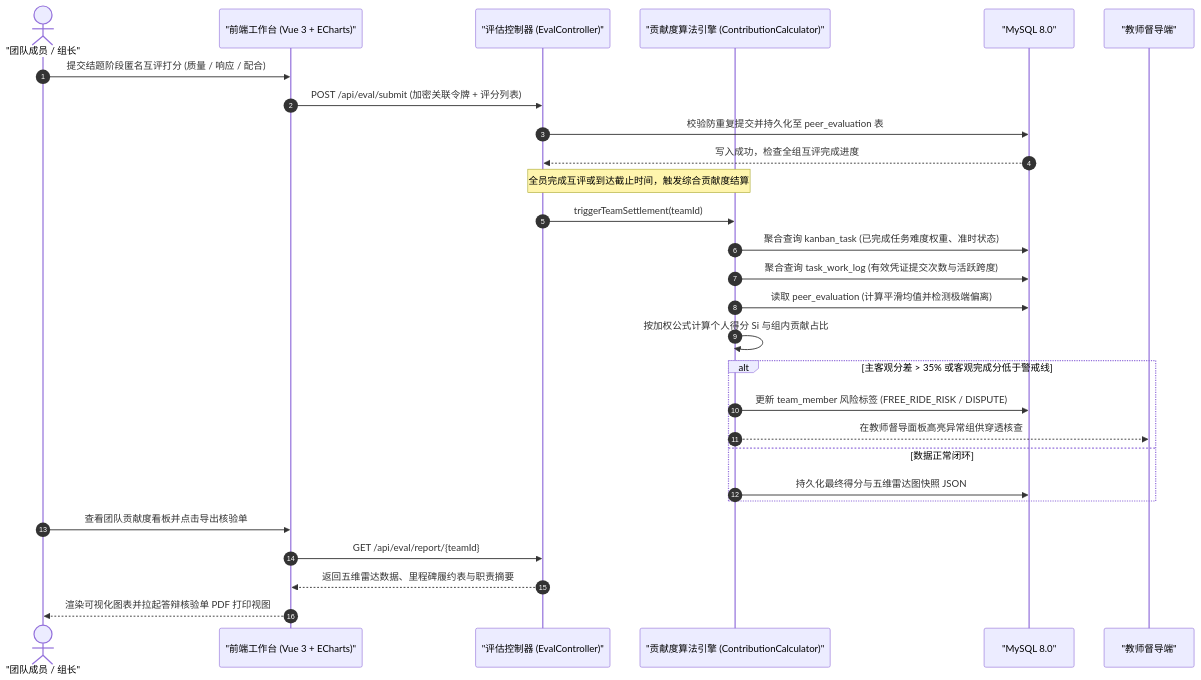
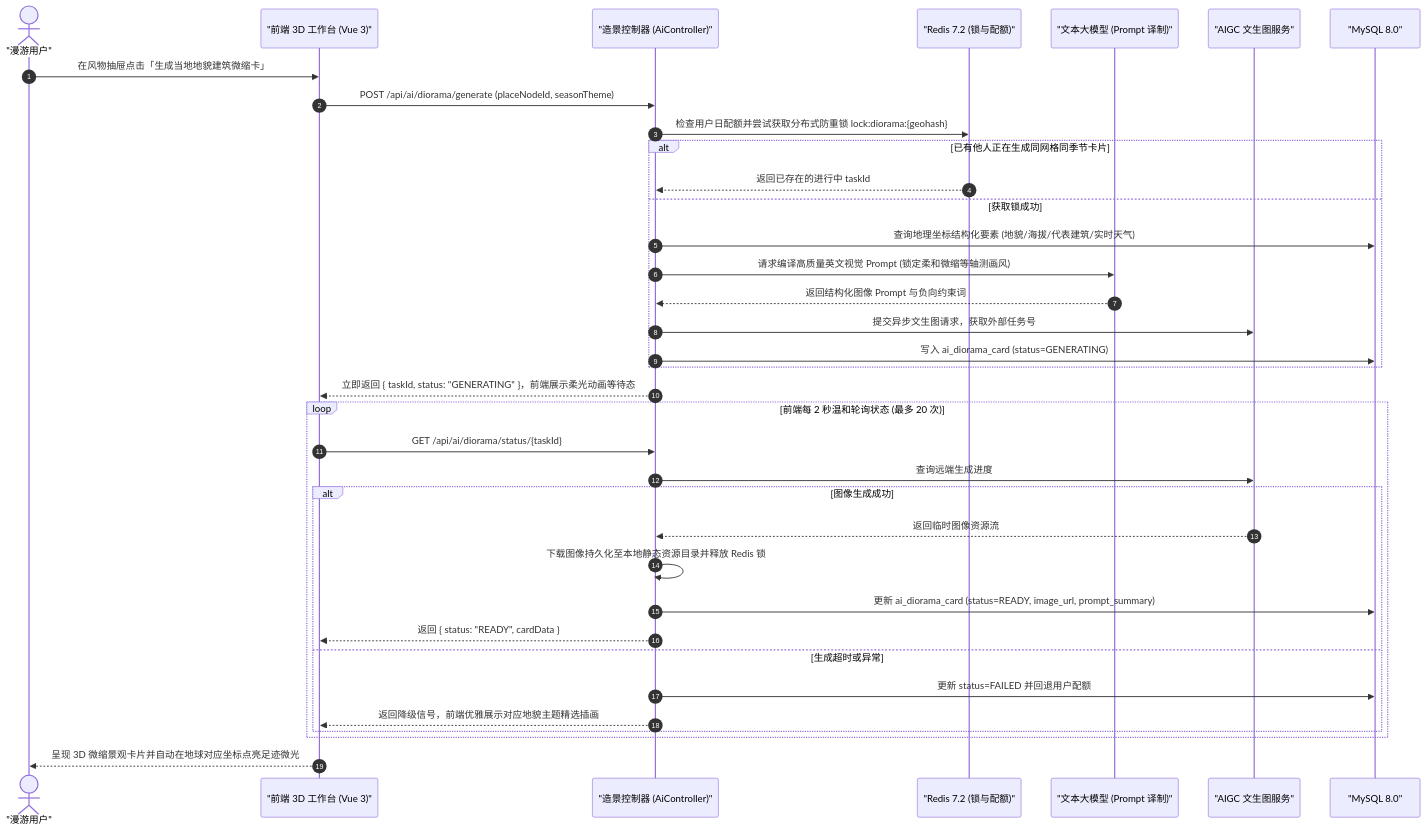
One commit to Jiangsirui/web-course-design changed the fourth of 5 diagrams in 课程设计选题设计文档.md. Above: the diagram before and after it, drawn with Mermaid. The commit also changed other lines of this file and 1 other file, not shown here.

Commit message:
docs: 更新选题为 WanderSphere 全球智能旅行与AI地貌建筑探索地图

````diff
--- a/课程设计选题设计文档.md
+++ b/课程设计选题设计文档.md
@@ -323,34 +319,40 @@
 ```mermaid
 sequenceDiagram
     autonumber
-    actor Member as "团队成员 / 组长"
-    participant FE as "前端工作台 (Vue 3 + ECharts)"
-    participant API as "评估控制器 (EvalController)"
-    participant Engine as "贡献度算法引擎 (ContributionCalculator)"
+    actor User as "漫游用户"
+    participant FE as "前端 3D 工作台 (Vue 3)"
+    participant API as "造景控制器 (AiController)"
+    participant Redis as "Redis 7.2 (锁与配额)"
+    participant LLM as "文本大模型 (Prompt 译制)"
+    participant ImgAI as "AIGC 文生图服务"
     participant DB as "MySQL 8.0"
-    participant Teacher as "教师督导端"
 
-    Member->>FE: 提交结题阶段匿名互评打分 (质量 / 响应 / 配合)
-    FE->>API: POST /api/eval/submit (加密关联令牌 + 评分列表)
-    API->>DB: 校验防重复提交并持久化至 peer_evaluation 表
-    DB-->>API: 写入成功，检查全组互评完成进度
+    User->>FE: 在风物抽屉点击「生成当地地貌建筑微缩卡」
+    FE->>API: POST /api/ai/diorama/generate (placeNodeId, seasonTheme)
+    API->>Redis: 检查用户日配额并尝试获取分布式防重锁 lock:diorama:{geohash}
+    alt 已有他人正在生成同网格同季节卡片
+        Redis-->>API: 返回已存在的进行中 taskId
+    else 获取锁成功
+        API->>DB: 查询地理坐标结构化要素 (地貌/海拔/代表建筑/实时天气)
+        API->>LLM: 请求编译高质量英文视觉 Prompt (锁定柔和微缩等轴测画风)
+        LLM-->>API: 返回结构化图像 Prompt 与负向约束词
+        API->>ImgAI: 提交异步文生图请求，获取外部任务号
+        API->>DB: 写入 ai_diorama_card (status=GENERATING)
+    end
+    API-->>FE: 立即返回 { taskId, status: "GENERATING" }，前端展示柔光动画等待态
 
-    Note over API,Engine: 全员完成互评或到达截止时间，触发综合贡献度结算
-    API->>Engine: triggerTeamSettlement(teamId)
-    Engine->>DB: 聚合查询 kanban_task (已完成任务难度权重、准时状态)
-    Engine->>DB: 聚合查询 task_work_log (有效凭证提交次数与活跃跨度)
-    Engine->>DB: 读取 peer_evaluation (计算平滑均值并检测极端偏离)
-
-    Engine->>Engine: 按加权公式计算个人得分 Si 与组内贡献占比
-    alt 主客观分差 > 35% 或客观完成分低于警戒线
-        Engine->>DB: 更新 team_member 风险标签 (FREE_RIDE_RISK / DISPUTE)
-        Engine-->>Teacher: 在教师督导面板高亮异常组供穿透核查
-    else 数据正常闭环
-        Engine->>DB: 持久化最终得分与五维雷达图快照 JSON
+    loop 前端每 2 秒温和轮询状态 (最多 20 次)
+        FE->>API: GET /api/ai/diorama/status/{taskId}
+        API->>ImgAI: 查询远端生成进度
+        alt 图像生成成功
+            ImgAI-->>API: 返回临时图像资源流
+            API->>API: 下载图像持久化至本地静态资源目录并释放 Redis 锁
+            API->>DB: 更新 ai_diorama_card (status=READY, image_url, prompt_summary)
+            API-->>FE: 返回 { status: "READY", cardData }
+        else 生成超时或异常
+            API->>DB: 更新 status=FAILED 并回退用户配额
+            API-->>FE: 返回降级信号，前端优雅展示对应地貌主题精选插画
+        end
     end
-
-    Member->>FE: 查看团队贡献度看板并点击导出核验单
-    FE->>API: GET /api/eval/report/{teamId}
-    API-->>FE: 返回五维雷达数据、里程碑履约表与职责摘要
-    FE-->>Member: 渲染可视化图表并拉起答辩核验单 PDF 打印视图
+    FE-->>User: 呈现 3D 微缩景观卡片并自动在地球对应坐标点亮足迹微光
 ```
````
